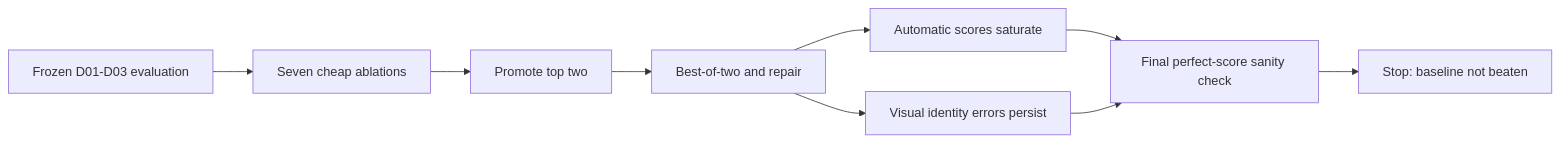
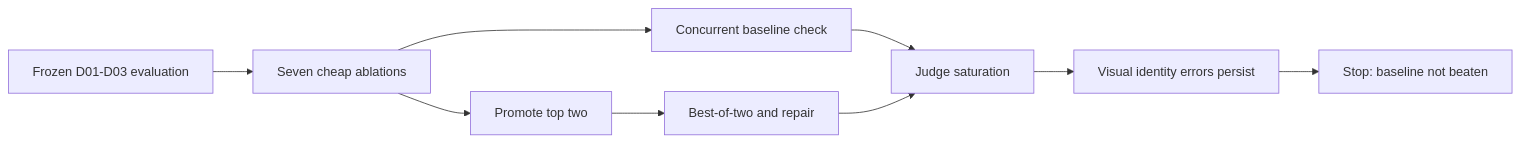
Before and after one commit to komaksym/weon-assignment: the diagram in experiments/targeted-ablation-results.md, drawn with Mermaid. The commit also changed other lines of this file, not shown here.

First line of the commit message:
docs: integrate concurrent control evidence

````diff
--- a/experiments/targeted-ablation-results.md
+++ b/experiments/targeted-ablation-results.md
@@ -114,11 +127,11 @@
 ```mermaid
 flowchart LR
     A[Frozen D01-D03 evaluation] --> B[Seven cheap ablations]
-    B --> C[Promote top two]
-    C --> D[Best-of-two and repair]
-    D --> E[Automatic scores saturate]
-    D --> F[Visual identity errors persist]
-    E --> G[Final perfect-score sanity check]
-    F --> G
+    B --> C[Concurrent baseline check]
+    B --> D[Promote top two]
+    D --> E[Best-of-two and repair]
+    C --> F[Judge saturation]
+    E --> F
+    F --> G[Visual identity errors persist]
     G --> H[Stop: baseline not beaten]
 ```
````
